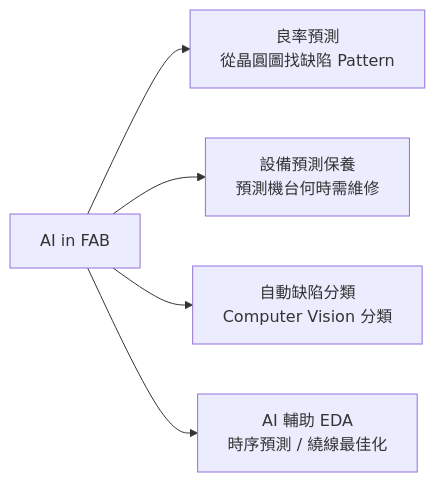
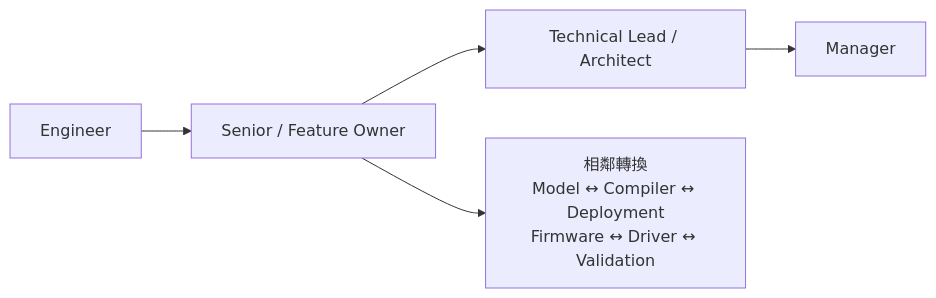
The third of 3 diagrams in docs/semi-jobs/19-ai-software.md (wizardhsiehcom/book), drawn with Mermaid before and after one commit. The commit also changed other lines of this file and 5 other files, not shown here.

````diff
--- a/docs/semi-jobs/19-ai-software.md
+++ b/docs/semi-jobs/19-ai-software.md
@@ -22,7 +79,7 @@
 ```mermaid
 flowchart LR
-    AI_FAB["AI in FAB"] --> YIELD["良率預測<br/>從晶圓圖找缺陷 Pattern"]
-    AI_FAB --> PM["設備預測保養<br/>預測機台何時需維修"]
-    AI_FAB --> INSP["自動缺陷分類<br/>Computer Vision 分類"]
-    AI_FAB --> EDA_AI["AI 輔助 EDA<br/>時序預測 / 繞線最佳化"]
+    J["Engineer"] --> S["Senior / Feature Owner"]
+    S --> L["Technical Lead / Architect"]
+    L --> M["Manager"]
+    S --> X["相鄰轉換<br/>Model ↔ Compiler ↔ Deployment<br/>Firmware ↔ Driver ↔ Validation"]
 ```
````
